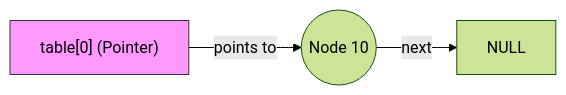
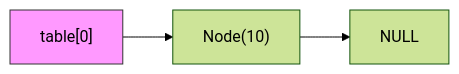
The tenth of 24 diagrams in Data Structure/16-Hash Table - lecture codes.md (muhammad-khaled-tech/My-Study-Notes), drawn with Mermaid (forest theme) before and after one commit. The commit also changed other lines of this file and 3 other files, not shown here.

````diff
--- a/Data Structure/16-Hash Table - lecture codes.md
+++ b/Data Structure/16-Hash Table - lecture codes.md
@@ -526,7 +487,7 @@
 ```mermaid
 graph LR
-    Table["table[0] (Pointer)"] -- points to --> Node10((Node 10))
-    Node10 -- next --> NULL1[NULL]
-
-    style Table fill:#f9f,stroke:#333
+    T0["table[0]"] --> N10["Node(10)"]
+    N10 --> NULL1[NULL]
+    
+    style T0 fill:#f9f,stroke:#333
 ```
````
